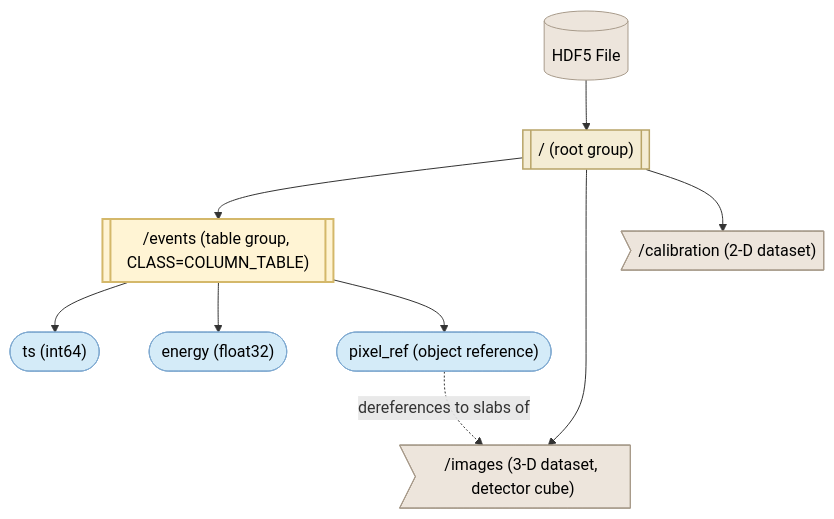
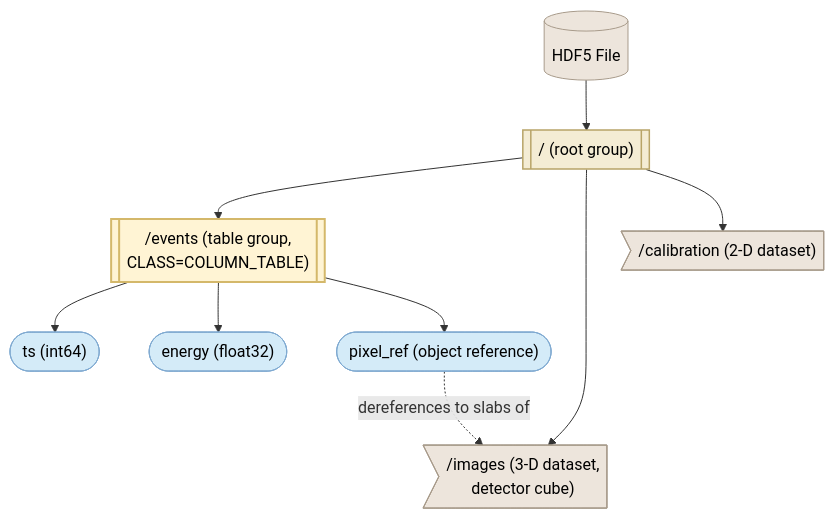
One commit to HDFAlliance/heps changed the first of 7 diagrams in HEP001/index.md. Above: the diagram before and after it, drawn with Mermaid. The commit also changed other lines of this file, not shown here.

````diff
--- a/HEP001/index.md
+++ b/HEP001/index.md
@@ -150,23 +150,23 @@
 ```{mermaid}
 graph TD
   F[("HDF5 File")]
   F --> R[["/ (root group)"]]
-  R --> T[["/events (table group, CLASS=COLUMN_TABLE)"]]
-  R --> I>"/images (3-D dataset, detector cube)"]
+  R --> T[["/events (table group,<br/>CLASS=COLUMN_TABLE)"]]
+  R --> I>"/images (3-D dataset,<br/>detector cube)"]
   R --> C>"/calibration (2-D dataset)"]
   T --> c1(["ts (int64)"])
   T --> c2(["energy (float32)"])
   T --> c3(["pixel_ref (object reference)"])
   c3 -. "dereferences to slabs of" .-> I
 
   classDef rootGroup  fill:#F4ECD4,stroke:#B8A468,stroke-width:1.5px,color:#000
   classDef tableGroup fill:#FFF4D4,stroke:#D4B86A,stroke-width:2px,color:#000
   classDef dataCol    fill:#D4EBF8,stroke:#7FA9D0,stroke-width:1px,color:#000
   classDef otherData  fill:#EDE5DC,stroke:#A89B8B,stroke-width:1px,color:#000
 
   class F otherData
   class R rootGroup
   class T tableGroup
   class I,C otherData
   class c1,c2,c3 dataCol
 ```
````
